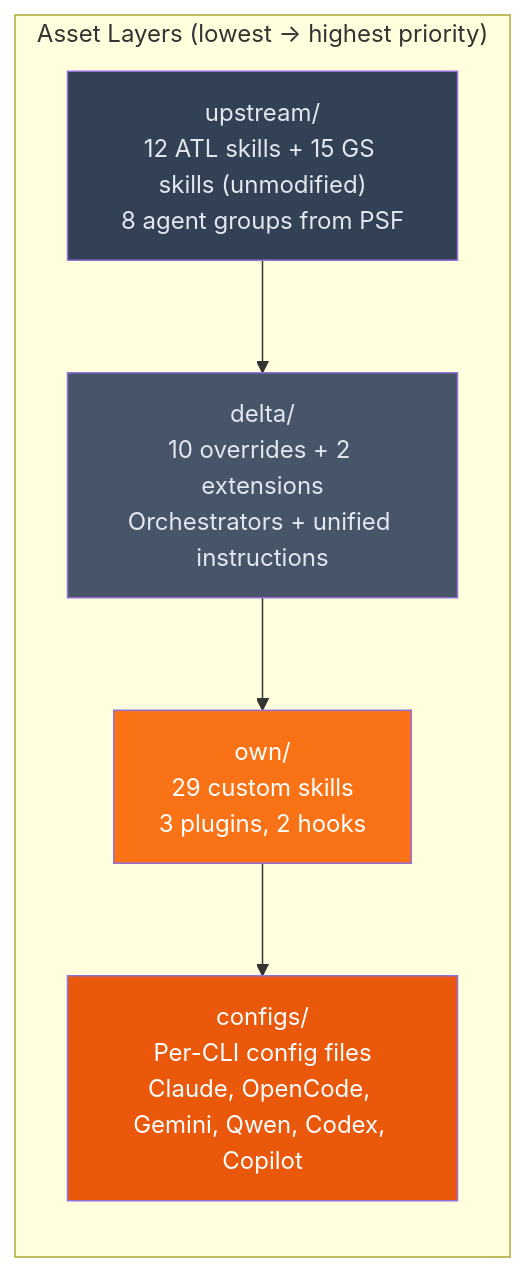
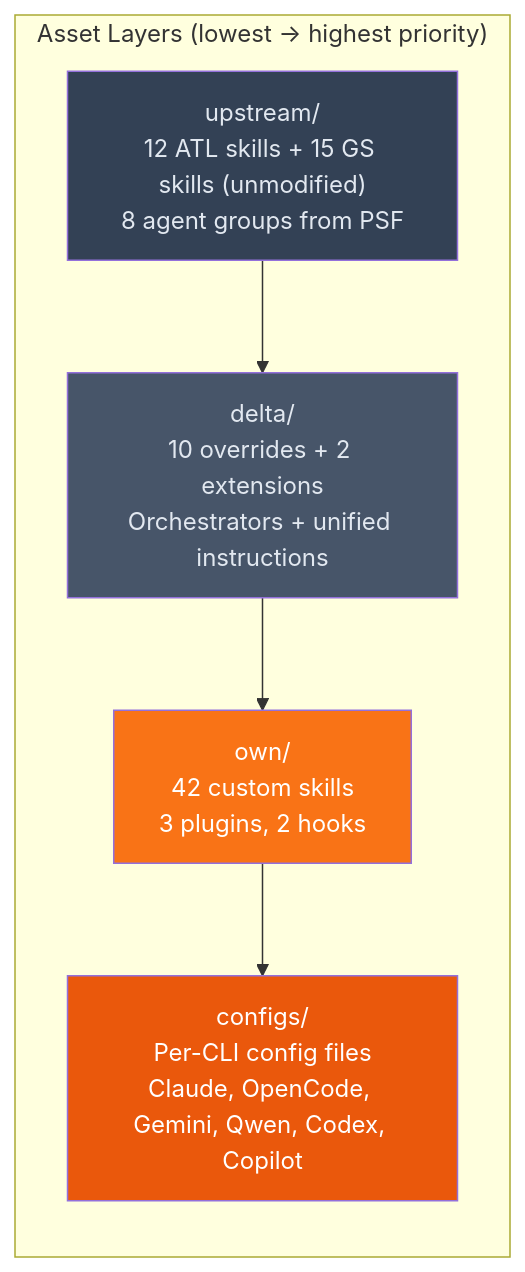
One commit to JNZader/javi-ai changed the diagram in README.md. Above: the diagram before and after it, drawn with Mermaid. The commit also changed other lines of this file and 2 other files, not shown here.

Commit message:
docs: update documentation for new skills
Update skill counts from 29 to 42 own skills (57 to 70 total).
Add all 13 new skills to the catalog: compound-loop, poml-templates,
tiered-routing, circuit-breaker, conversation-capture,
subagent-observability, self-evolving-skills, ralph-loop,
semantic-locking, competitive-planning, discovery-relay,
session-audit-trail, and nano-mode. Note 8 existing skills were
refactored with references/ separation.

````diff
--- a/README.md
+++ b/README.md
@@ -33,17 +33,17 @@
 ```mermaid
 flowchart TB
     subgraph "Asset Layers (lowest → highest priority)"
         direction TB
         UP["upstream/<br/>12 ATL skills + 15 GS skills (unmodified)<br/>8 agent groups from PSF"]
         DL["delta/<br/>10 overrides + 2 extensions<br/>Orchestrators + unified instructions"]
-        OW["own/<br/>29 custom skills<br/>3 plugins, 2 hooks"]
+        OW["own/<br/>42 custom skills<br/>3 plugins, 2 hooks"]
         CF["configs/<br/>Per-CLI config files<br/>Claude, OpenCode, Gemini, Qwen, Codex, Copilot"]
     end
 
     UP --> DL --> OW --> CF
 
     style UP fill:#334155,color:#e2e8f0
     style DL fill:#475569,color:#e2e8f0
     style OW fill:#f97316,color:#fff
     style CF fill:#ea580c,color:#fff
 ```
````
